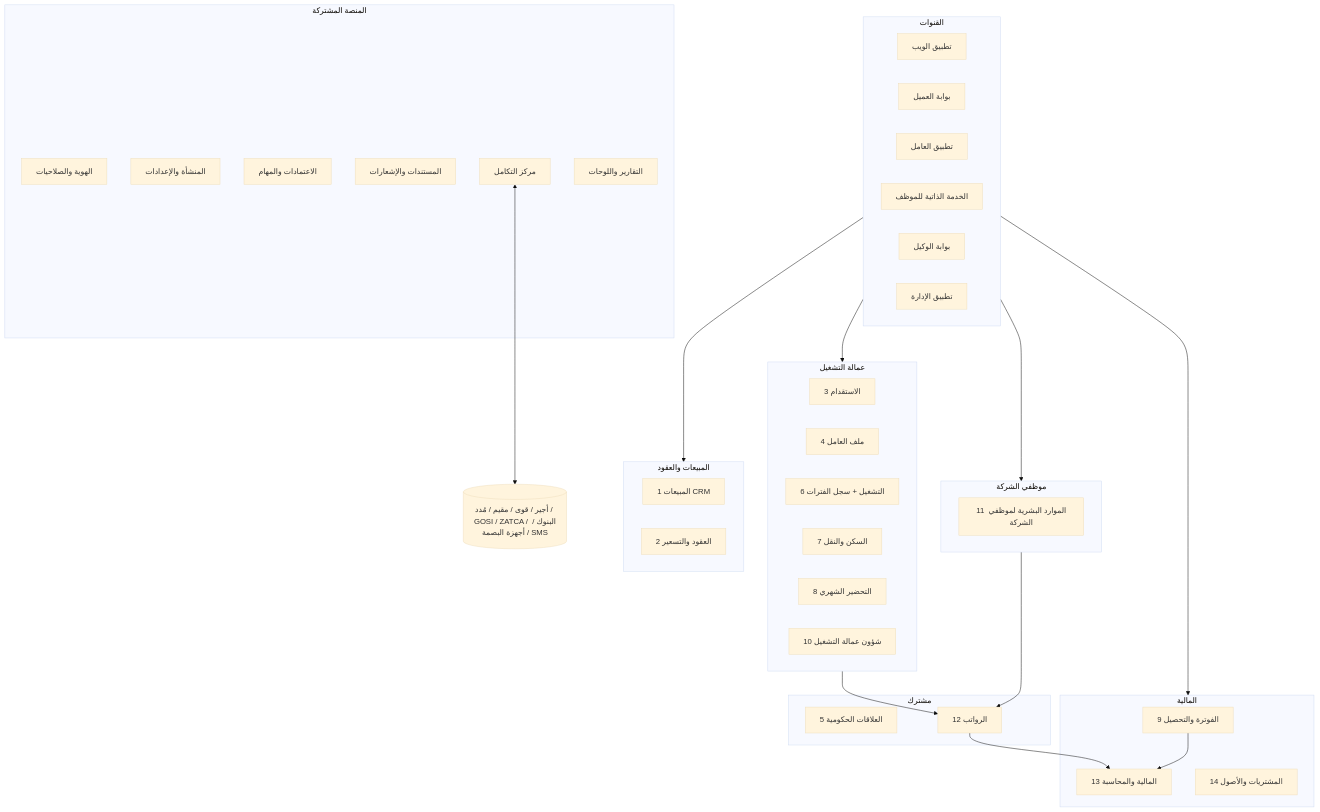
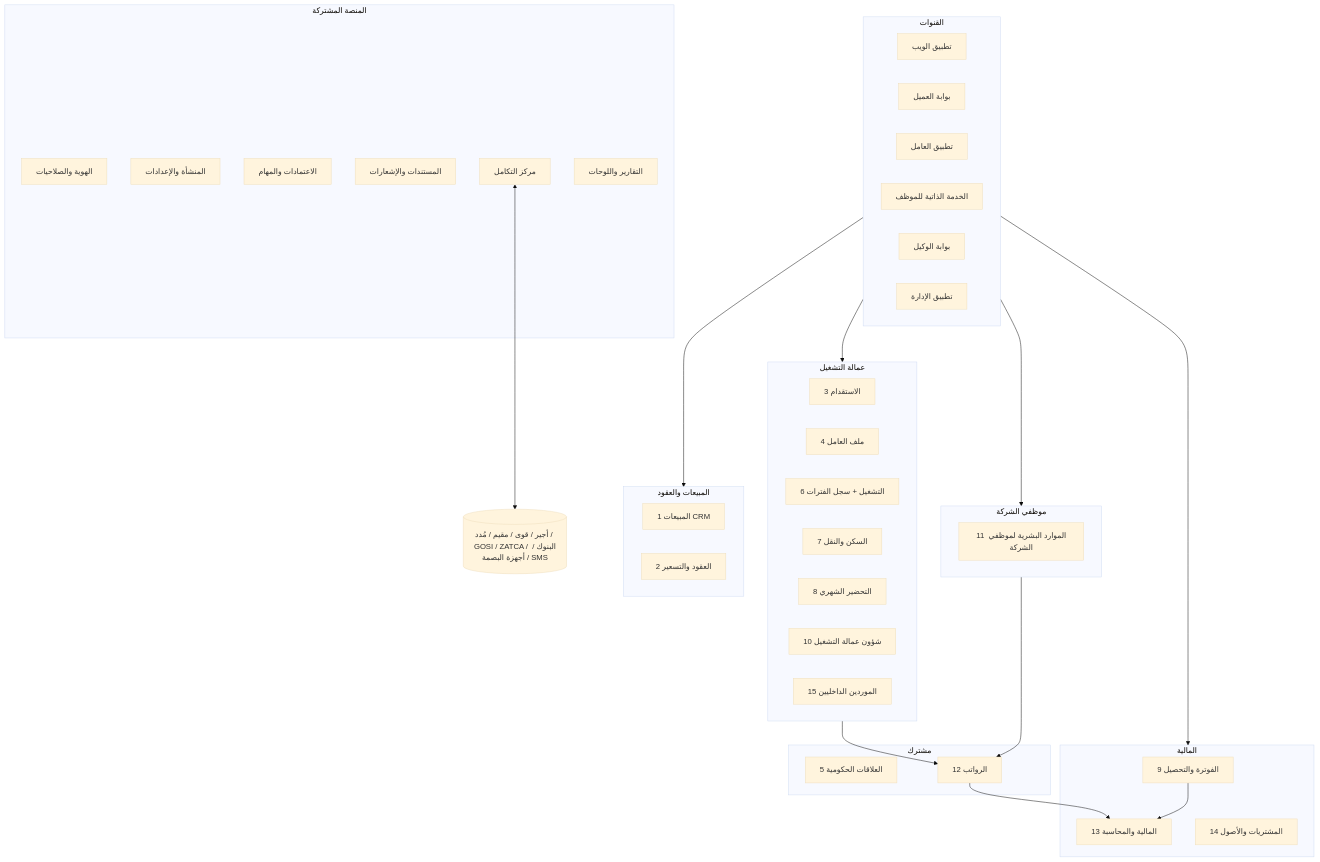
Before and after one commit to mahmoud-3atef/integrated-erp-crm: the first of 3 diagrams in docs/02-target-architecture/01-system-modules.md, drawn with Mermaid (base theme). The commit also changed other lines of this file and 1 other file, not shown here.

````diff
--- a/docs/02-target-architecture/01-system-modules.md
+++ b/docs/02-target-architecture/01-system-modules.md
@@ -20,49 +21,50 @@
 ```mermaid
 flowchart TB
   subgraph CH[القنوات]
     WEB[تطبيق الويب]
     CP[بوابة العميل]
     WP[تطبيق العامل]
     ESS[الخدمة الذاتية للموظف]
     AP[بوابة الوكيل]
     MOB[تطبيق الإدارة]
   end
   subgraph SALES[المبيعات والعقود]
     CRM[1 المبيعات CRM]
     CON[2 العقود والتسعير]
   end
   subgraph WRK[عمالة التشغيل]
     REC[3 الاستقدام]
     EMP[4 ملف العامل]
     OPS[6 التشغيل + سجل الفترات]
     HOU[7 السكن والنقل]
     TS[8 التحضير الشهري]
     WHR[10 شؤون عمالة التشغيل]
+    SUP[15 الموردين الداخليين]
   end
   subgraph STF[موظفي الشركة]
     SHR[11 الموارد البشرية لموظفي الشركة]
   end
   subgraph SHARED[مشترك]
     GOV[5 العلاقات الحكومية]
     PAY[12 الرواتب]
   end
   subgraph FINX[المالية]
     BIL[9 الفوترة والتحصيل]
     FIN[13 المالية والمحاسبة]
     PRC[14 المشتريات والأصول]
   end
   subgraph PLT[المنصة المشتركة]
     IAM[الهوية والصلاحيات]
     ORG[المنشأة والإعدادات]
     WF[الاعتمادات والمهام]
     DOC[المستندات والإشعارات]
     INT[مركز التكامل]
     BI[التقارير واللوحات]
   end
   CH --> SALES & WRK & STF & FINX
   WRK --> PAY
   STF --> PAY
   PAY --> FIN
   BIL --> FIN
   INT <--> EXT[(أجير / قوى / مقيم / مُدد / GOSI / ZATCA / البنوك / أجهزة البصمة / SMS)]
 ```
````
